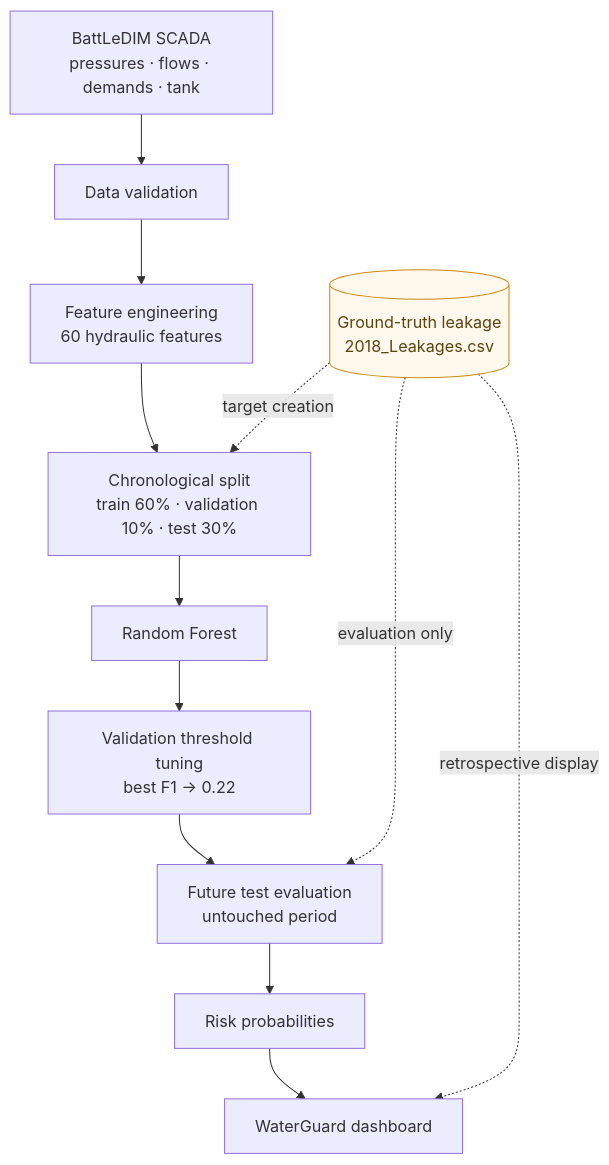
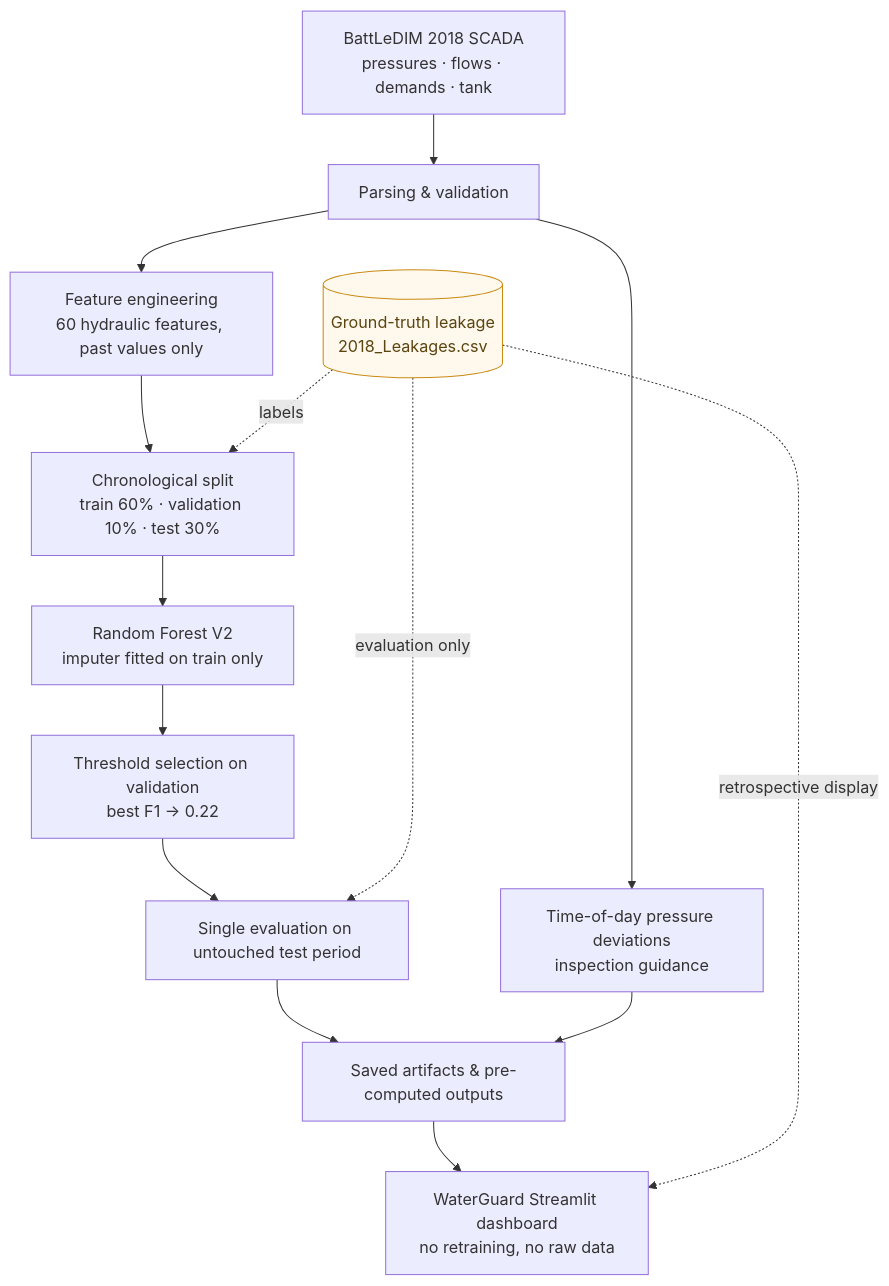
The diagram in README.md (emanmusheer2008-glitch/waterguard-ai-saudi), drawn with Mermaid before and after one commit. The commit also changed other lines of this file and 38 other files, not shown here.

First line of the commit message:
Final audit pass: inspection guidance, held-out importance, docs, tests

````diff
--- a/README.md
+++ b/README.md
@@ -40,18 +49,20 @@
 ```mermaid
 flowchart TD
-    A[BattLeDIM SCADA<br/>pressures · flows · demands · tank] --> B[Data validation]
-    B --> C[Feature engineering<br/>60 hydraulic features]
+    A[BattLeDIM 2018 SCADA<br/>pressures · flows · demands · tank] --> B[Parsing & validation]
+    B --> C[Feature engineering<br/>60 hydraulic features, past values only]
     C --> D[Chronological split<br/>train 60% · validation 10% · test 30%]
-    D --> E[Random Forest]
-    E --> F[Validation threshold tuning<br/>best F1 → 0.22]
-    F --> G[Future test evaluation<br/>untouched period]
-    G --> H[Risk probabilities]
-    H --> I[WaterGuard dashboard]
+    D --> E[Random Forest V2<br/>imputer fitted on train only]
+    E --> F[Threshold selection on validation<br/>best F1 → 0.22]
+    F --> G[Single evaluation on untouched test period]
+    G --> H[Saved artifacts & pre-computed outputs]
+    B --> I[Time-of-day pressure deviations<br/>inspection guidance]
+    I --> H
+    H --> J[WaterGuard Streamlit dashboard<br/>no retraining, no raw data]
 
-    GT[(Ground-truth leakage<br/>2018_Leakages.csv)] -. target creation .-> D
+    GT[(Ground-truth leakage<br/>2018_Leakages.csv)] -. labels .-> D
     GT -. evaluation only .-> G
-    GT -. retrospective display .-> I
+    GT -. retrospective display .-> J
 
     classDef truth fill:#FFF8EC,stroke:#C98A13,color:#5A4410;
     class GT truth;
 ```
````
